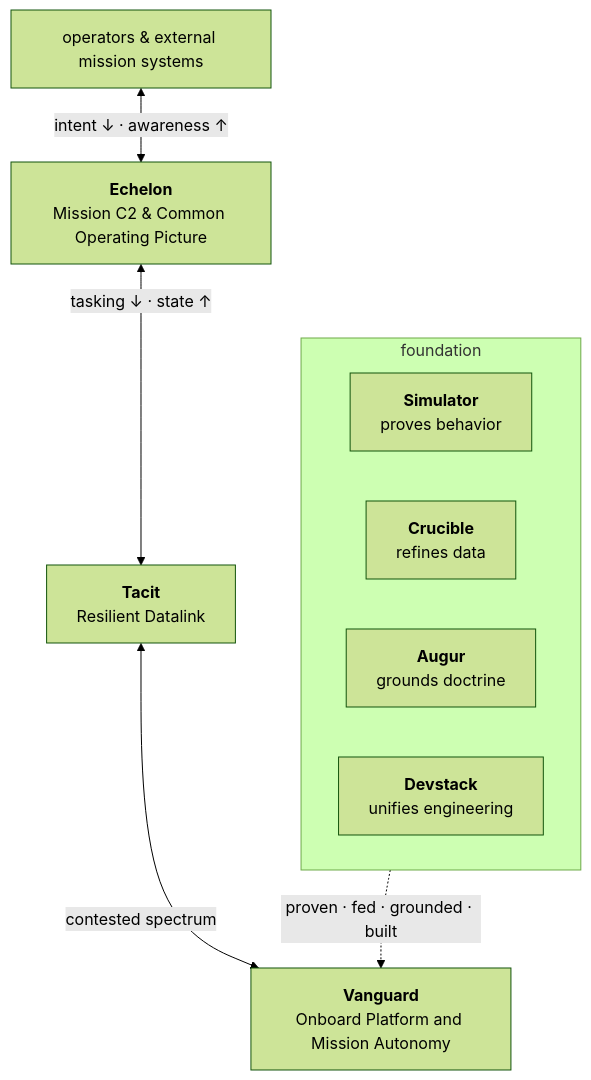
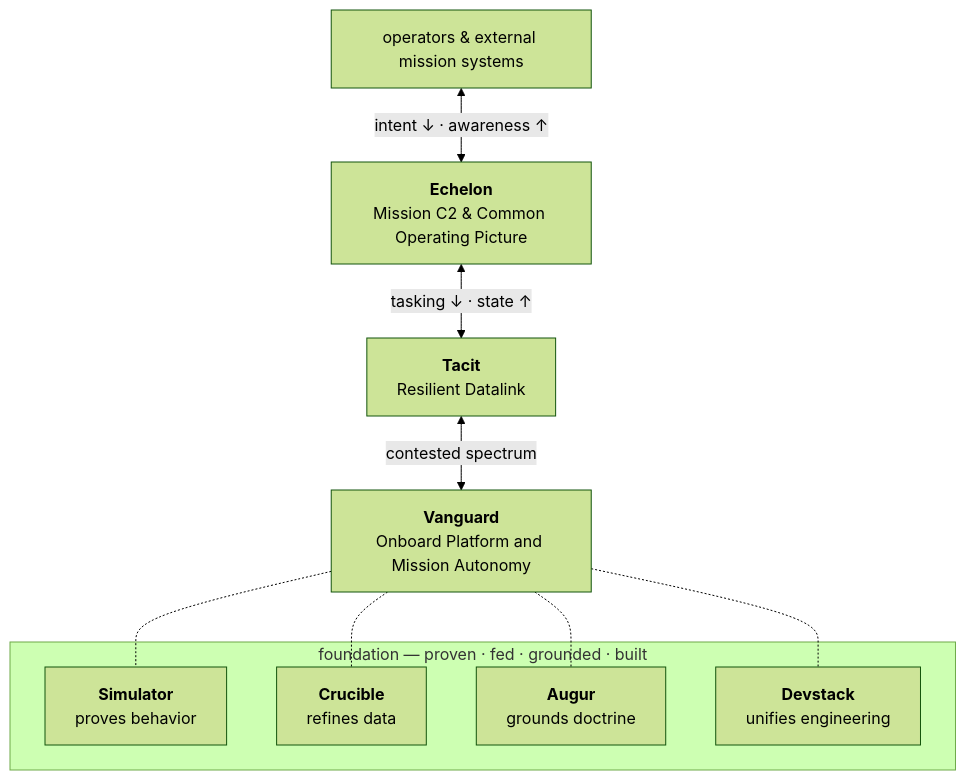
The diagram in profile/README.md (Thyraen-Robotics/.github), drawn with Mermaid (forest theme) before and after one commit.

Commit message:
docs: fan foundation nodes below Vanguard in flowchart
Claude-Session: https://claude.ai/code/session_0125Dr23V4axd8EZqhjFABCb

````diff
--- a/profile/README.md
+++ b/profile/README.md
@@ -35,22 +35,23 @@
 ```mermaid
 flowchart TD
     OPS["operators &amp; external mission systems"]
     ECH["<b>Echelon</b><br/>Mission C2 &amp; Common Operating Picture"]
     TAC["<b>Tacit</b><br/>Resilient Datalink"]
     VAN["<b>Vanguard</b><br/>Onboard Platform and Mission Autonomy"]
 
     OPS <-->|"intent ↓ · awareness ↑"| ECH
     ECH <-->|"tasking ↓ · state ↑"| TAC
     TAC <-->|"contested spectrum"| VAN
 
-    subgraph FND["foundation"]
-        direction LR
+    subgraph FND["foundation — proven · fed · grounded · built"]
         SIM["<b>Simulator</b><br/>proves behavior"]
         CRU["<b>Crucible</b><br/>refines data"]
         AUG["<b>Augur</b><br/>grounds doctrine"]
         DEV["<b>Devstack</b><br/>unifies engineering"]
     end
 
-    VAN ~~~ FND
-    FND -.->|"proven · fed · grounded · built"| VAN
+    VAN -.- SIM
+    VAN -.- CRU
+    VAN -.- AUG
+    VAN -.- DEV
 ```
````
